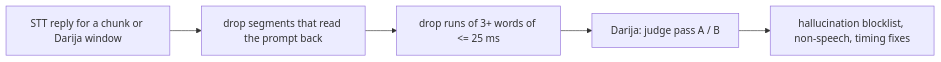
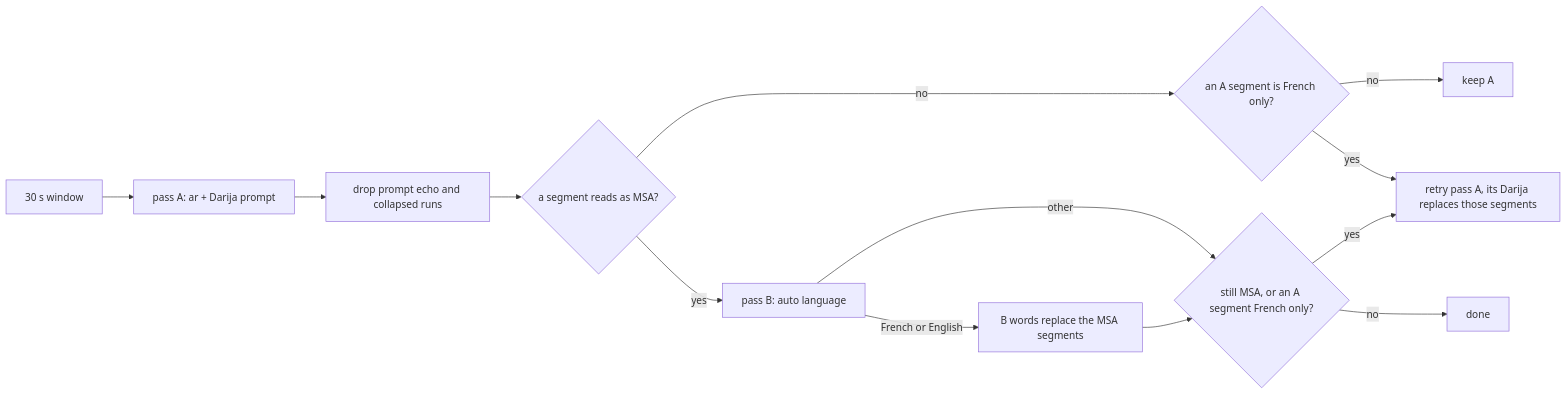
Before and after one commit to Mouad1/mostudio: the diagram in steps/transcribe/README.md, drawn with Mermaid. The commit also changed other lines of this file and 12 other files, not shown here.

````diff
--- a/steps/transcribe/README.md
+++ b/steps/transcribe/README.md
@@ -12,7 +9,15 @@
 ```mermaid
 flowchart LR
-  R[STT reply for a chunk or Darija window] --> E[drop segments that read the prompt back]
-  E --> C[drop runs of 3+ words of <= 25 ms]
-  C --> P[Darija: judge pass A / B]
-  P --> H[hallucination blocklist, non-speech, timing fixes]
+  W[30 s window] --> A[pass A: ar + Darija prompt]
+  A --> F[drop prompt echo and collapsed runs]
+  F --> M{a segment reads as MSA?}
+  M -- no --> T{an A segment is French only?}
+  M -- yes --> B[pass B: auto language]
+  B -- French or English --> R1[B words replace the MSA segments]
+  B -- other --> S{still MSA, or an A segment French only?}
+  R1 --> S
+  T -- no --> K[keep A]
+  T -- yes --> R2
+  S -- yes --> R2[retry pass A, its Darija replaces those segments]
+  S -- no --> K2[done]
 ```
````
